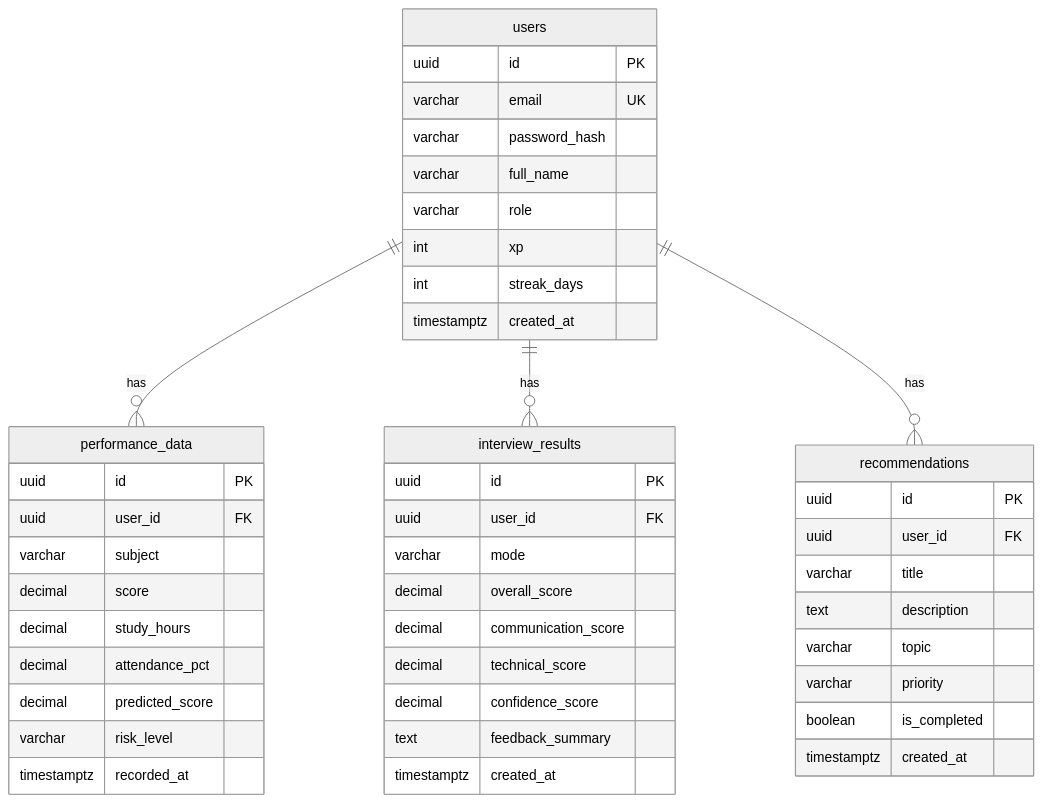
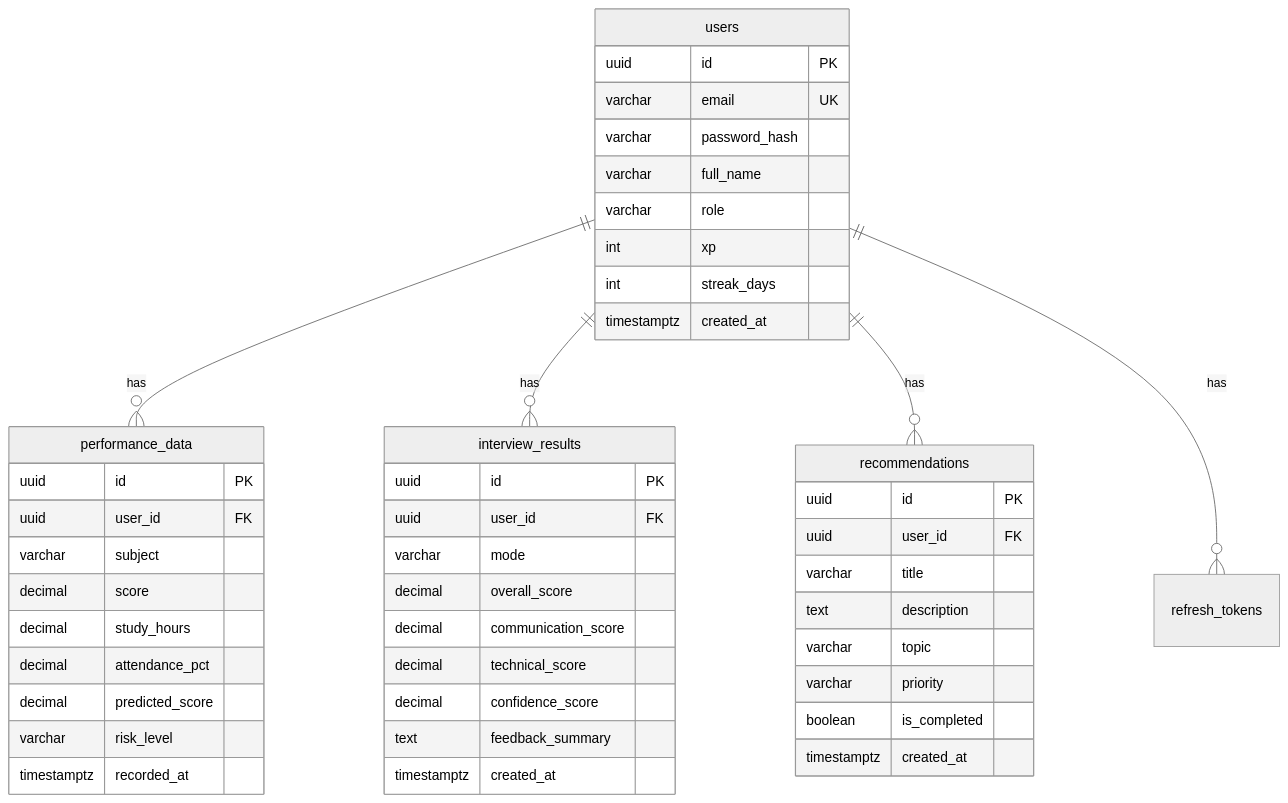
The diagram in docs/database-schema.md (Tharmithan/mentor-mind-ai), drawn with Mermaid (neutral theme) before and after one commit. The commit also changed other lines of this file and 10 other files, not shown here.

````diff
--- a/docs/database-schema.md
+++ b/docs/database-schema.md
@@ -24,52 +24,53 @@
 ```mermaid
 erDiagram
     users ||--o{ performance_data : has
     users ||--o{ interview_results : has
     users ||--o{ recommendations : has
+    users ||--o{ refresh_tokens : has
 
     users {
         uuid id PK
         varchar email UK
         varchar password_hash
         varchar full_name
         varchar role
         int xp
         int streak_days
         timestamptz created_at
     }
 
     performance_data {
         uuid id PK
         uuid user_id FK
         varchar subject
         decimal score
         decimal study_hours
         decimal attendance_pct
         decimal predicted_score
         varchar risk_level
         timestamptz recorded_at
     }
 
     interview_results {
         uuid id PK
         uuid user_id FK
         varchar mode
         decimal overall_score
         decimal communication_score
         decimal technical_score
         decimal confidence_score
         text feedback_summary
         timestamptz created_at
     }
 
     recommendations {
         uuid id PK
         uuid user_id FK
         varchar title
         text description
         varchar topic
         varchar priority
         boolean is_completed
         timestamptz created_at
     }
 ```
````
